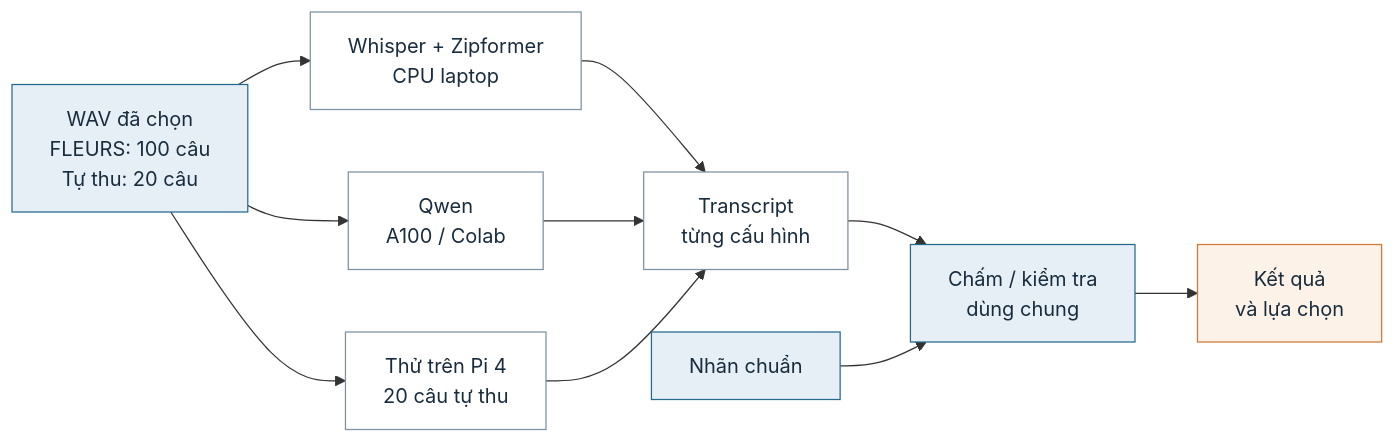
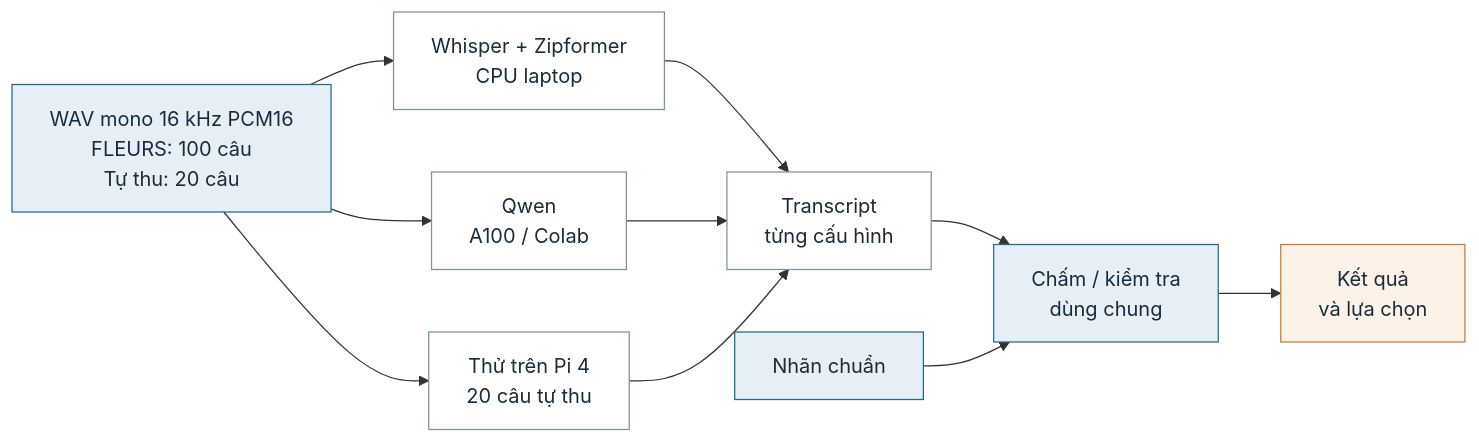
Before and after one commit to Violetta147/PBL6: the diagram in reports/diagrams/slides_overview.mmd, drawn with Mermaid. The commit also changed 5 other files, not shown here.

```diff
--- a/reports/diagrams/slides_overview.mmd
+++ b/reports/diagrams/slides_overview.mmd
@@ -1,17 +1,17 @@
 flowchart LR
-    D["WAV đã chọn<br/>FLEURS: 100 câu<br/>Tự thu: 20 câu"]
+    D["WAV mono 16 kHz PCM16<br/>FLEURS: 100 câu<br/>Tự thu: 20 câu"]
     D --> L["Whisper + Zipformer<br/>CPU laptop"]
     D --> C["Qwen<br/>A100 / Colab"]
     D --> P["Thử trên Pi 4<br/>20 câu tự thu"]
     L --> O["Transcript<br/>từng cấu hình"]
     C --> O
     P --> O
     O --> S["Chấm / kiểm tra<br/>dùng chung"]
     R["Nhãn chuẩn"] --> S
     S --> T["Kết quả<br/>và lựa chọn"]
     classDef data fill:#e6eff5,stroke:#236b8e,color:#192c3d;
     classDef device fill:#fff,stroke:#7b91a2,color:#192c3d;
     classDef result fill:#fdf2e7,stroke:#d17834,color:#192c3d;
     class D,R,S data;
     class L,C,P,O device;
     class T result;
```
